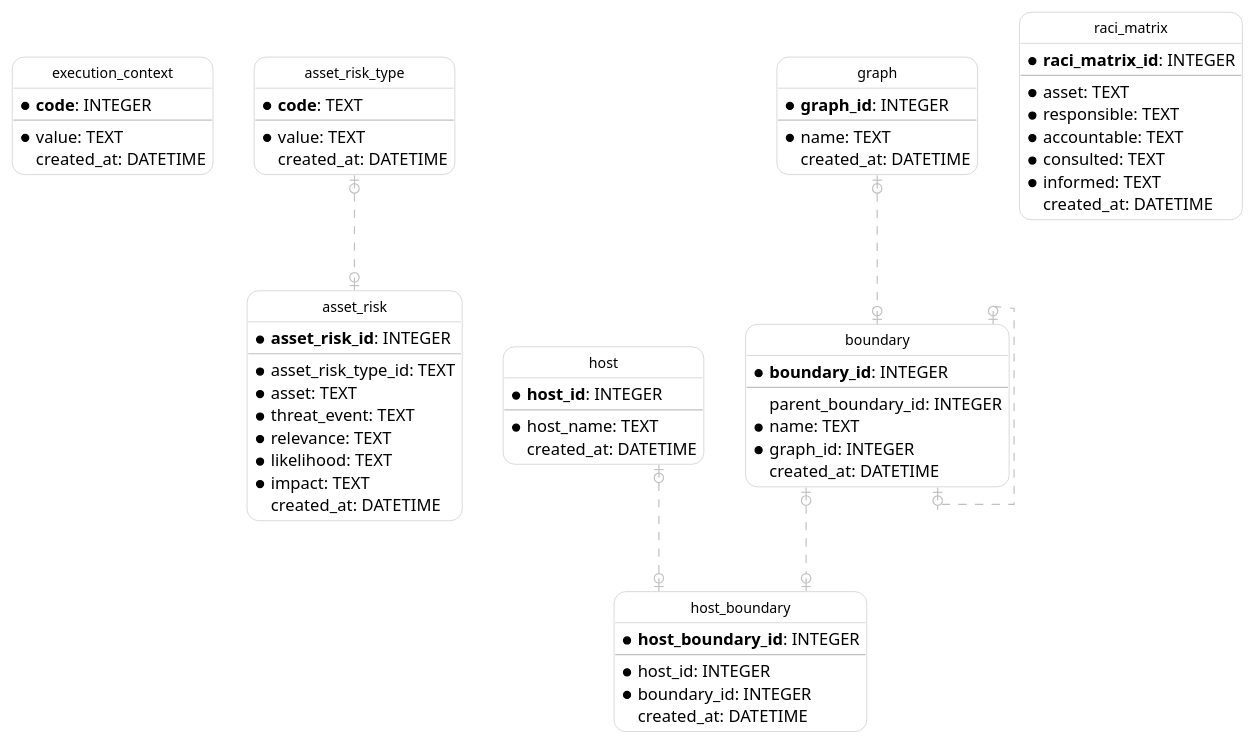
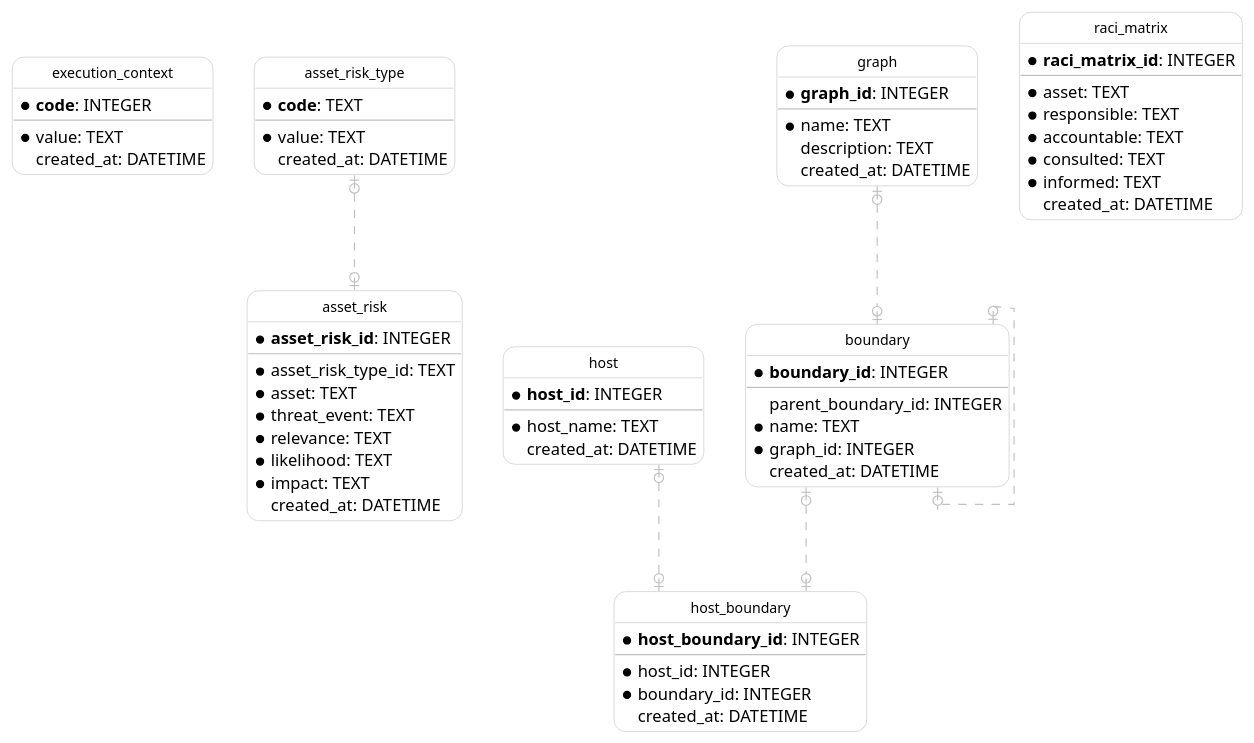
Before and after one commit to geovlazar/core: the diagram in support/docs/models.erd.puml, drawn with PlantUML. The commit also changed 2 other files, not shown here.

```diff
--- a/support/docs/models.erd.puml
+++ b/support/docs/models.erd.puml
@@ -1,86 +1,87 @@
 @startuml IE
   hide circle
   skinparam linetype ortho
   skinparam roundcorner 20
   skinparam class {
     BackgroundColor White
     ArrowColor Silver
     BorderColor Silver
     FontColor Black
     FontSize 12
   }
 
   entity "execution_context" as execution_context {
     * **code**: INTEGER
     --
     * value: TEXT
       created_at: DATETIME
   }
 
   entity "asset_risk_type" as asset_risk_type {
     * **code**: TEXT
     --
     * value: TEXT
       created_at: DATETIME
   }
 
   entity "host" as host {
     * **host_id**: INTEGER
     --
     * host_name: TEXT
       created_at: DATETIME
   }
 
   entity "graph" as graph {
     * **graph_id**: INTEGER
     --
     * name: TEXT
+      description: TEXT
       created_at: DATETIME
   }
 
   entity "boundary" as boundary {
     * **boundary_id**: INTEGER
     --
       parent_boundary_id: INTEGER
     * name: TEXT
     * graph_id: INTEGER
       created_at: DATETIME
   }
 
   entity "host_boundary" as host_boundary {
     * **host_boundary_id**: INTEGER
     --
     * host_id: INTEGER
     * boundary_id: INTEGER
       created_at: DATETIME
   }
 
   entity "raci_matrix" as raci_matrix {
     * **raci_matrix_id**: INTEGER
     --
     * asset: TEXT
     * responsible: TEXT
     * accountable: TEXT
     * consulted: TEXT
     * informed: TEXT
       created_at: DATETIME
   }
 
   entity "asset_risk" as asset_risk {
     * **asset_risk_id**: INTEGER
     --
     * asset_risk_type_id: TEXT
     * asset: TEXT
     * threat_event: TEXT
     * relevance: TEXT
     * likelihood: TEXT
     * impact: TEXT
       created_at: DATETIME
   }
 
   boundary |o..o| boundary
   graph |o..o| boundary
   host |o..o| host_boundary
   boundary |o..o| host_boundary
   asset_risk_type |o..o| asset_risk
 @enduml
```
